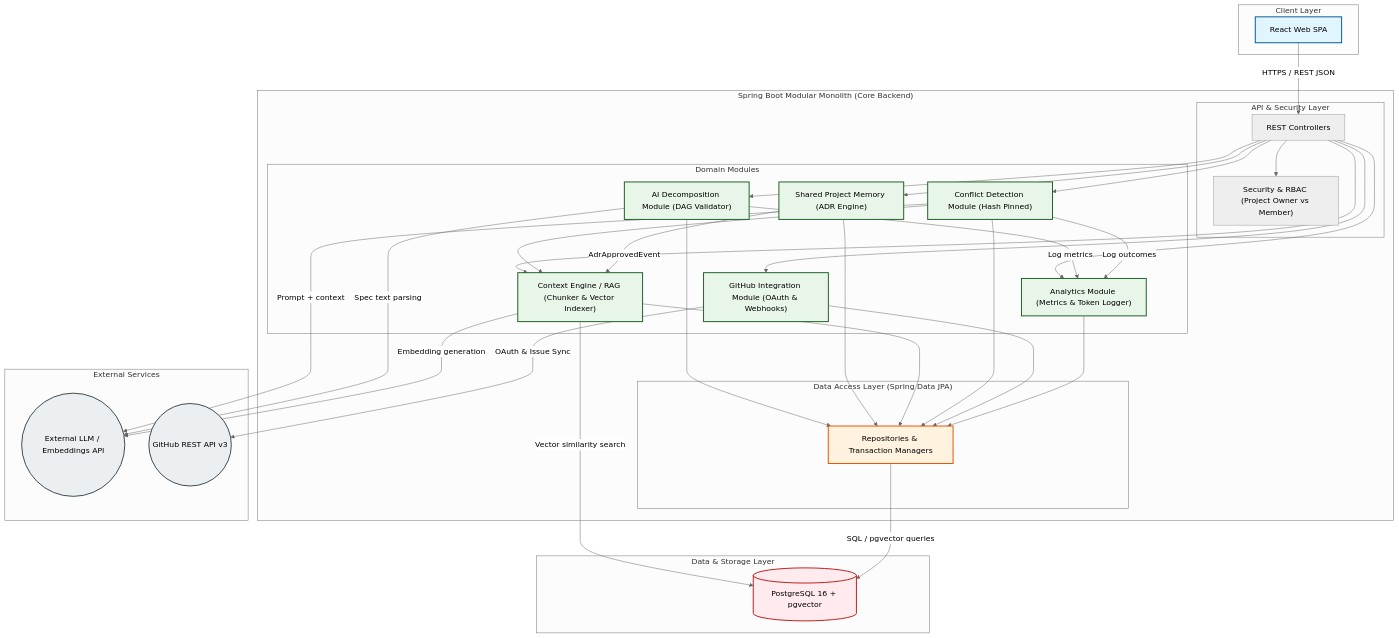
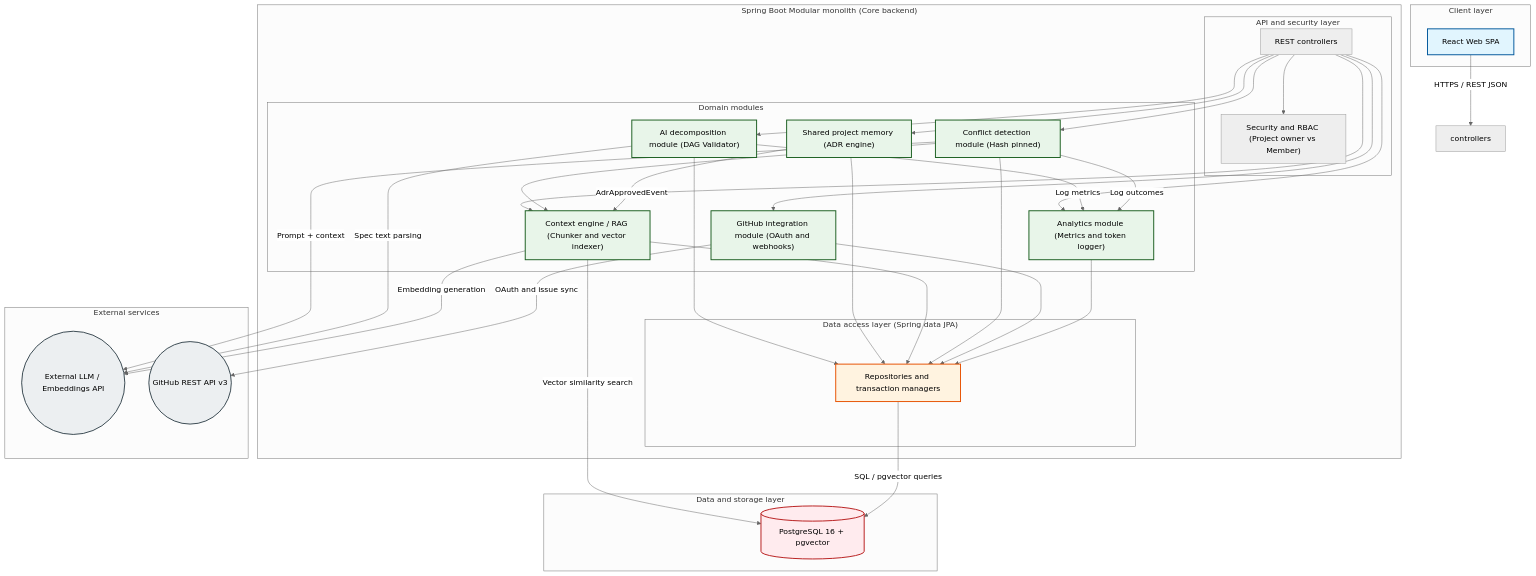
One commit to OOO-Vector/Diplom changed the diagram in docs/system_design/system_design_document.md. Above: the diagram before and after it, drawn with Mermaid (neutral theme).

````diff
--- a/docs/system_design/system_design_document.md
+++ b/docs/system_design/system_design_document.md
@@ -26,74 +26,74 @@
 ```mermaid
 graph TD
     classDef client fill:#e1f5fe,stroke:#01579b,stroke-width:2px;
     classDef core fill:#f3e5f5,stroke:#4a148c,stroke-width:2px;
     classDef domain fill:#e8f5e9,stroke:#1b5e20,stroke-width:2px;
     classDef dal fill:#fff3e0,stroke:#e65100,stroke-width:2px;
     classDef storage fill:#ffebee,stroke:#b71c1c,stroke-width:2px;
     classDef external fill:#eceff1,stroke:#37474f,stroke-width:2px;
 
-    subgraph Client ["Client Layer"]
+    subgraph Client ["Client layer"]
         Frontend["React Web SPA"]:::client
     end
 
-    subgraph Backend ["Spring Boot Modular Monolith (Core Backend)"]
-        subgraph SecurityLayer ["API & Security Layer"]
-            Controllers["REST Controllers"]
-            SecurityModule["Security & RBAC (Project Owner vs Member)"]
+    subgraph Backend ["Spring Boot Modular monolith (Core backend)"]
+        subgraph SecurityLayer ["API and security layer"]
+            Controllers["REST controllers"]
+            SecurityModule["Security and RBAC (Project owner vs Member)"]
         end
 
-        subgraph DomainModules ["Domain Modules"]
-            AIDecomp["AI Decomposition Module (DAG Validator)"]:::domain
-            SharedMemory["Shared Project Memory (ADR Engine)"]:::domain
-            ContextEngine["Context Engine / RAG (Chunker & Vector Indexer)"]:::domain
-            ConflictDetector["Conflict Detection Module (Hash Pinned)"]:::domain
-            GitHubSync["GitHub Integration Module (OAuth & Webhooks)"]:::domain
-            AnalyticsModule["Analytics Module (Metrics & Token Logger)"]:::domain
+        subgraph DomainModules ["Domain modules"]
+            AIDecomp["AI decomposition module (DAG Validator)"]:::domain
+            SharedMemory["Shared project memory (ADR engine)"]:::domain
+            ContextEngine["Context engine / RAG (Chunker and vector indexer)"]:::domain
+            ConflictDetector["Conflict detection module (Hash pinned)"]:::domain
+            GitHubSync["GitHub integration module (OAuth and webhooks)"]:::domain
+            AnalyticsModule["Analytics module (Metrics and token logger)"]:::domain
         end
 
-        subgraph DataAccessLayer ["Data Access Layer (Spring Data JPA)"]
-            DAL["Repositories & Transaction Managers"]:::dal
+        subgraph DataAccessLayer ["Data access layer (Spring data JPA)"]
+            DAL["Repositories and transaction managers"]:::dal
         end
     end
 
-    subgraph StorageLayer ["Data & Storage Layer"]
+    subgraph StorageLayer ["Data and storage layer"]
         DB[(PostgreSQL 16 + pgvector)]:::storage
     end
 
-    subgraph External ["External Services"]
+    subgraph External ["External services"]
         LLMService((External LLM / Embeddings API)):::external
         GitHubAPI((GitHub REST API v3)):::external
     end
 
-    %% Flow and Communication
-    Frontend -->|HTTPS / REST JSON| Controllers
+    %% Flow and communication
+    Frontend -->|HTTPS / REST JSON| controllers
 
     Controllers --> SecurityModule
     Controllers --> AIDecomp
     Controllers --> SharedMemory
     Controllers --> ConflictDetector
     Controllers --> ContextEngine
     Controllers --> GitHubSync
     Controllers --> AnalyticsModule
 
     ConflictDetector --> ContextEngine
     ConflictDetector -->|Prompt + context| LLMService
     AIDecomp -->|Spec text parsing| LLMService
     ContextEngine -->|Embedding generation| LLMService
     ContextEngine -->|Vector similarity search| DB
 
     SharedMemory -->|AdrApprovedEvent| ContextEngine
     AIDecomp -->|Log metrics| AnalyticsModule
     ConflictDetector -->|Log outcomes| AnalyticsModule
     
-    GitHubSync -->|OAuth & Issue Sync| GitHubAPI
+    GitHubSync -->|OAuth and issue sync| GitHubAPI
     
     AIDecomp --> DAL
     SharedMemory --> DAL
     ContextEngine --> DAL
     ConflictDetector --> DAL
     GitHubSync --> DAL
     AnalyticsModule --> DAL
 
     DAL -->|SQL / pgvector queries| DB
 ```
````
